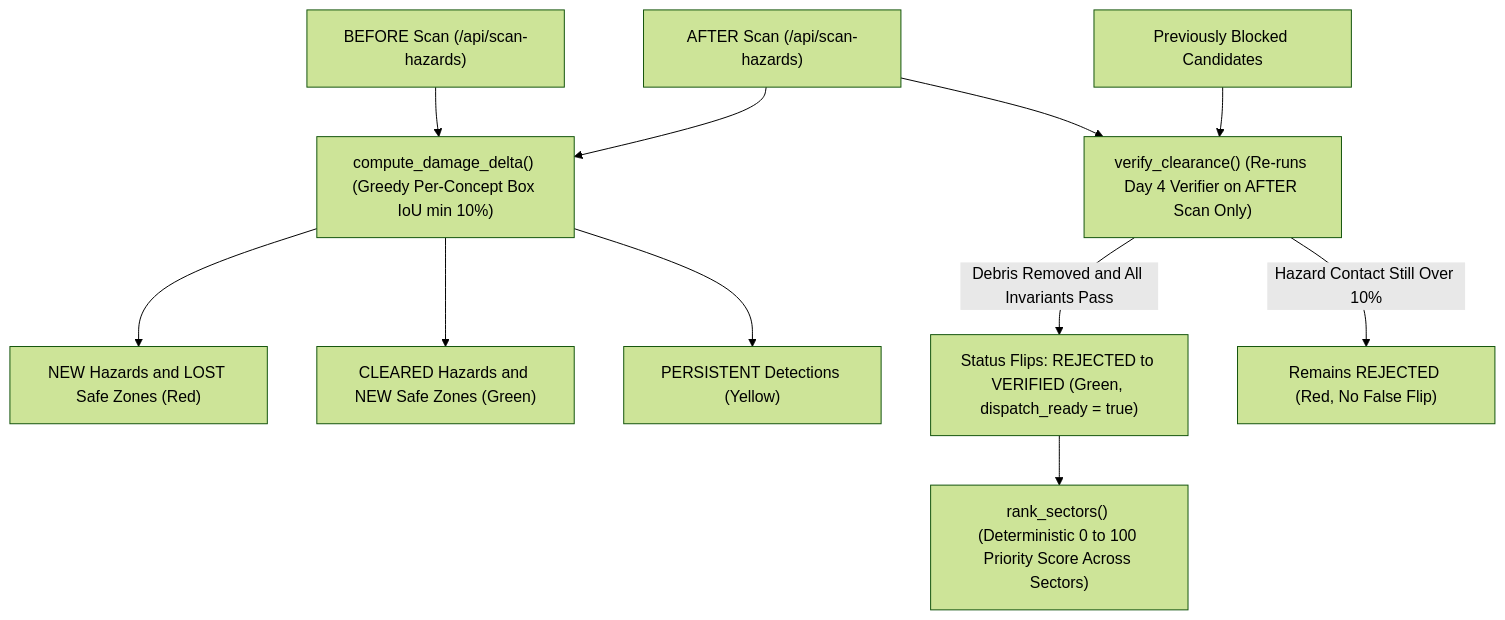
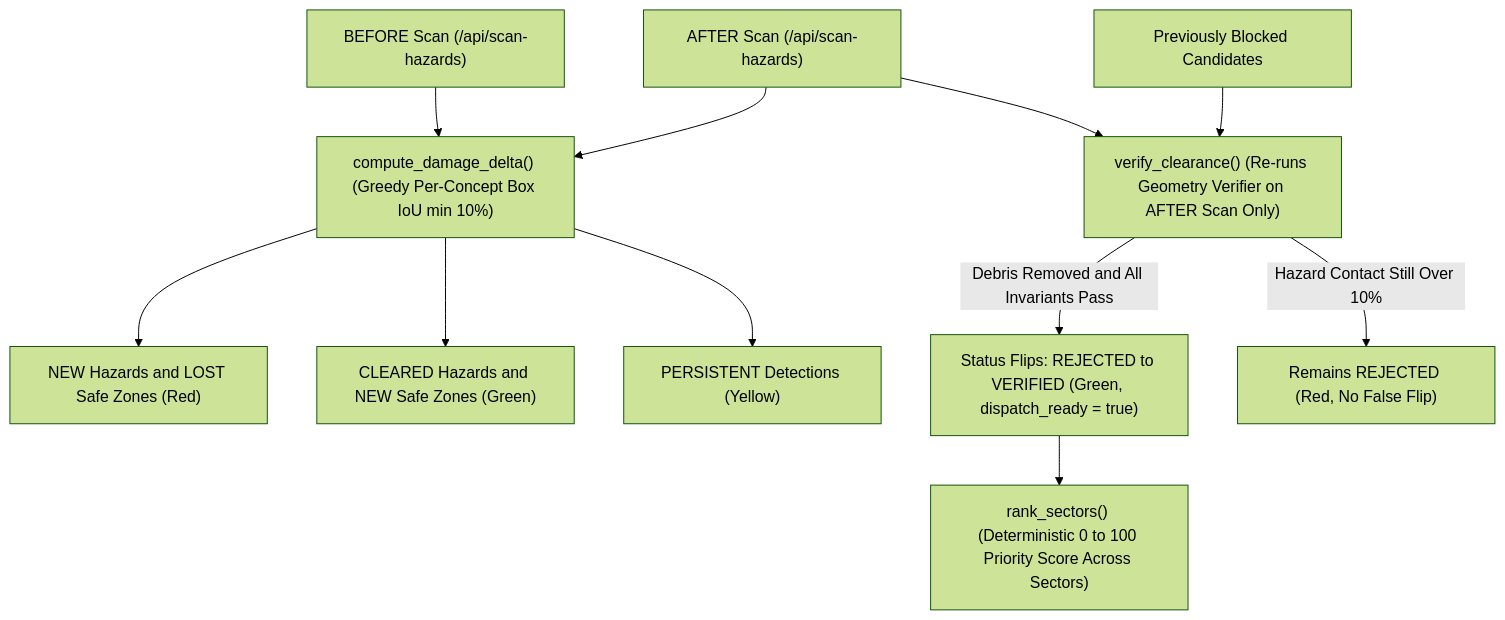
The third of 3 diagrams in README.md (Sameer769dev/CrisisGrid), drawn with Mermaid (forest theme) before and after one commit. The commit also changed other lines of this file and 17 other files, not shown here.

````diff
--- a/README.md
+++ b/README.md
@@ -140,13 +140,13 @@
 ```mermaid
 flowchart TD
     BScan["BEFORE Scan (/api/scan-hazards)"] --> Delta["compute_damage_delta() (Greedy Per-Concept Box IoU min 10%)"]
     AScan["AFTER Scan (/api/scan-hazards)"] --> Delta
     Delta --> NewH["NEW Hazards and LOST Safe Zones (Red)"]
     Delta --> ClrH["CLEARED Hazards and NEW Safe Zones (Green)"]
     Delta --> PerH["PERSISTENT Detections (Yellow)"]
-    AScan --> ClrVer["verify_clearance() (Re-runs Day 4 Verifier on AFTER Scan Only)"]
+    AScan --> ClrVer["verify_clearance() (Re-runs Geometry Verifier on AFTER Scan Only)"]
     Cand["Previously Blocked Candidates"] --> ClrVer
     ClrVer -- "Debris Removed and All Invariants Pass" --> Flip["Status Flips: REJECTED to VERIFIED (Green, dispatch_ready = true)"]
     ClrVer -- "Hazard Contact Still Over 10%" --> Stay["Remains REJECTED (Red, No False Flip)"]
     Flip --> Rank["rank_sectors() (Deterministic 0 to 100 Priority Score Across Sectors)"]
 ```
````
